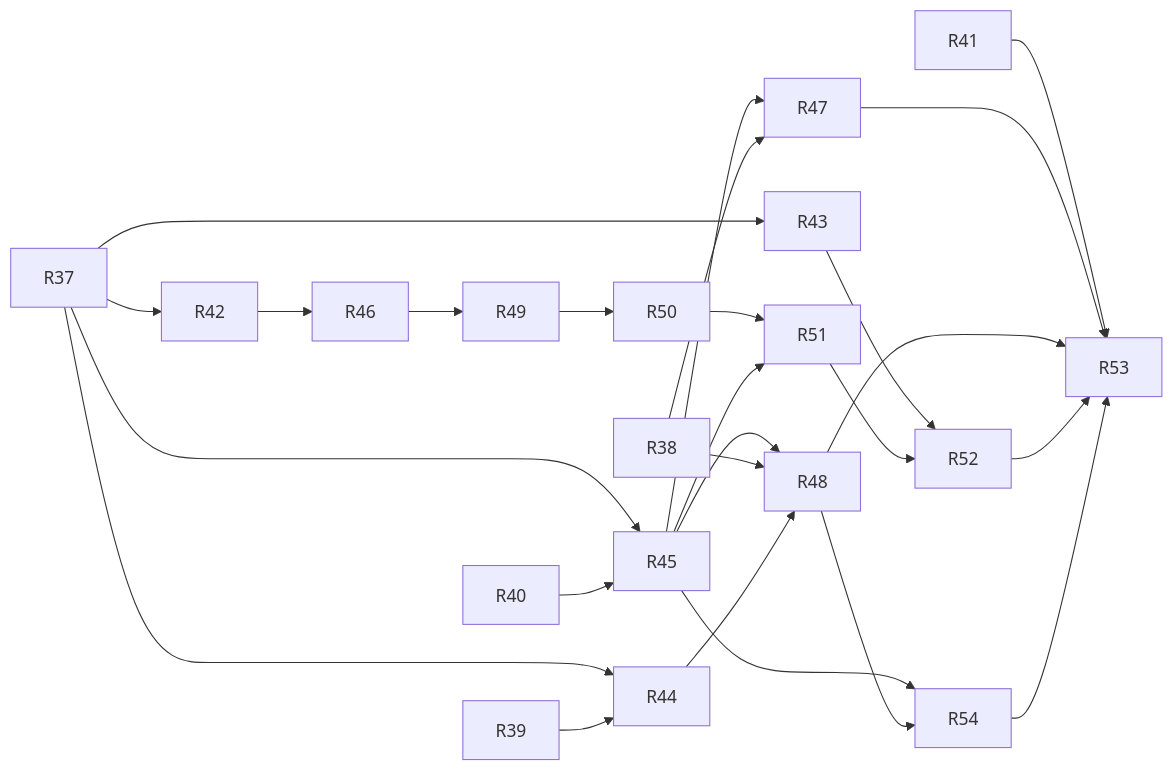
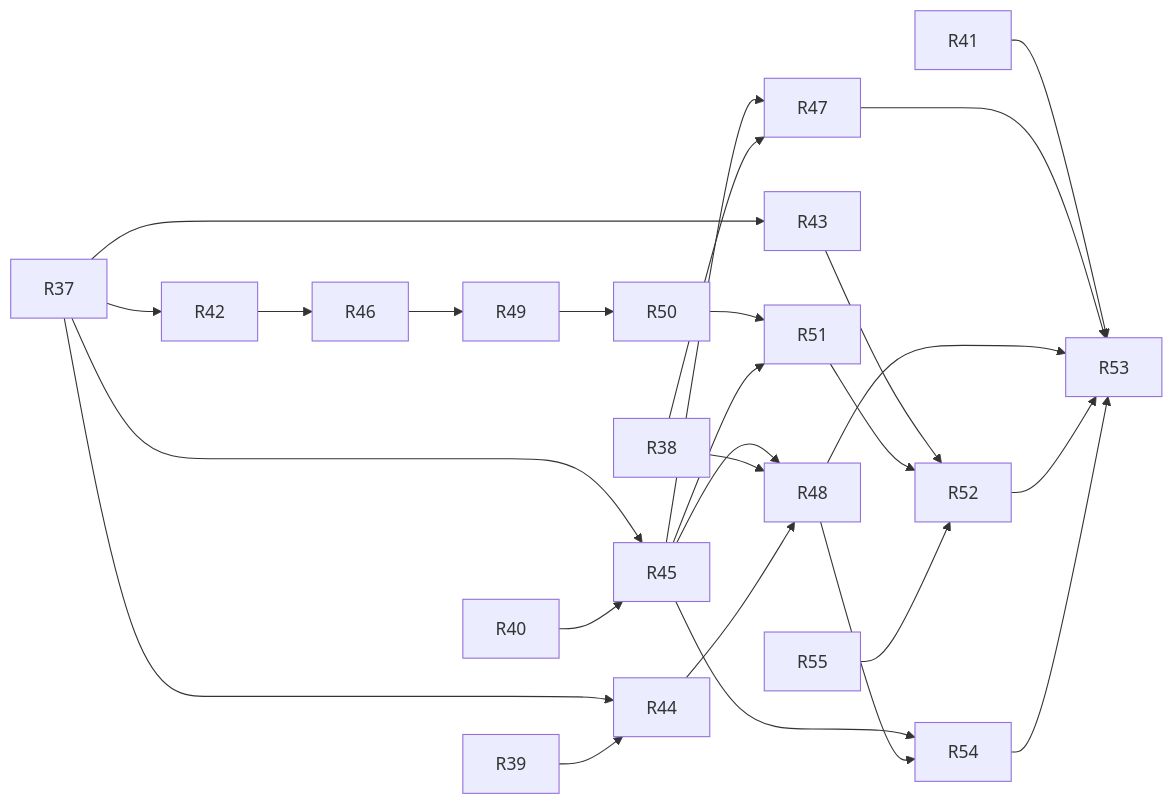
The third of 3 diagrams in TASKS.md (CipoBaruf/what-is-in-your-sky), drawn with Mermaid before and after one commit. The commit also changed other lines of this file and 2 other files, not shown here.

````diff
--- a/TASKS.md
+++ b/TASKS.md
@@ -1100,17 +1118,18 @@
 ```mermaid
 flowchart LR
   R37 --> R42 & R43 & R44 & R45
   R39 --> R44
   R40 --> R45
   R42 --> R46
   R46 --> R49
   R49 --> R50
   R50 --> R51
   R45 --> R47 & R48 & R51
   R38 --> R47 & R48
   R44 --> R48
   R43 --> R52
   R51 --> R52
+  R55 --> R52
   R45 & R48 --> R54
   R41 & R47 & R48 & R52 & R54 --> R53
 ```
````
